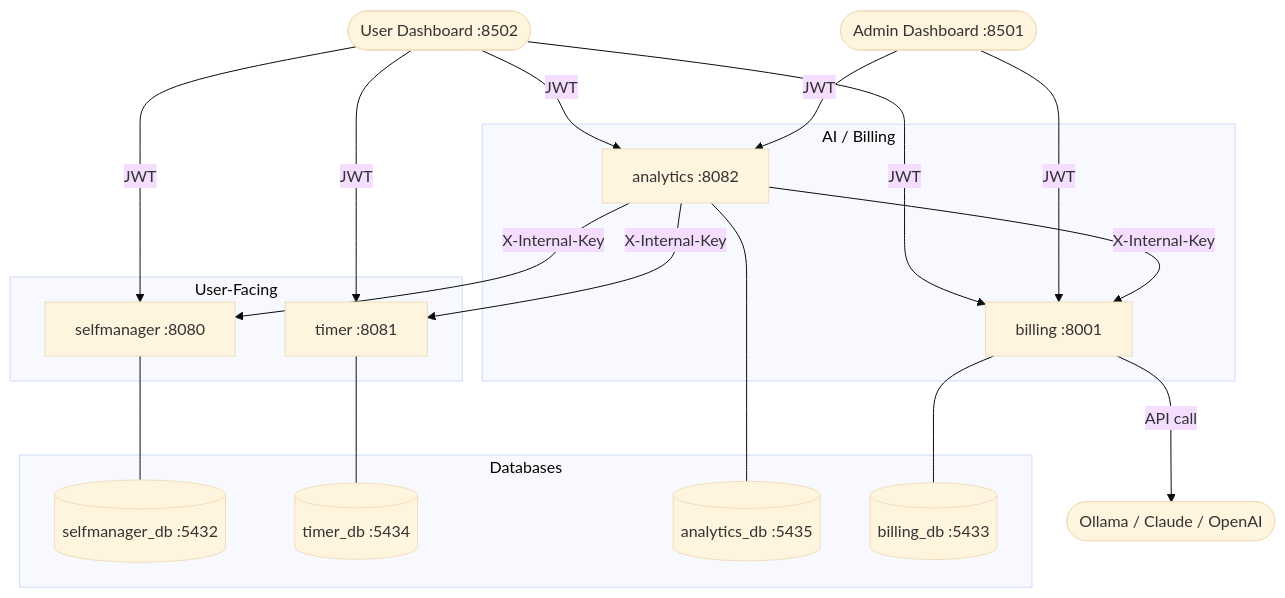
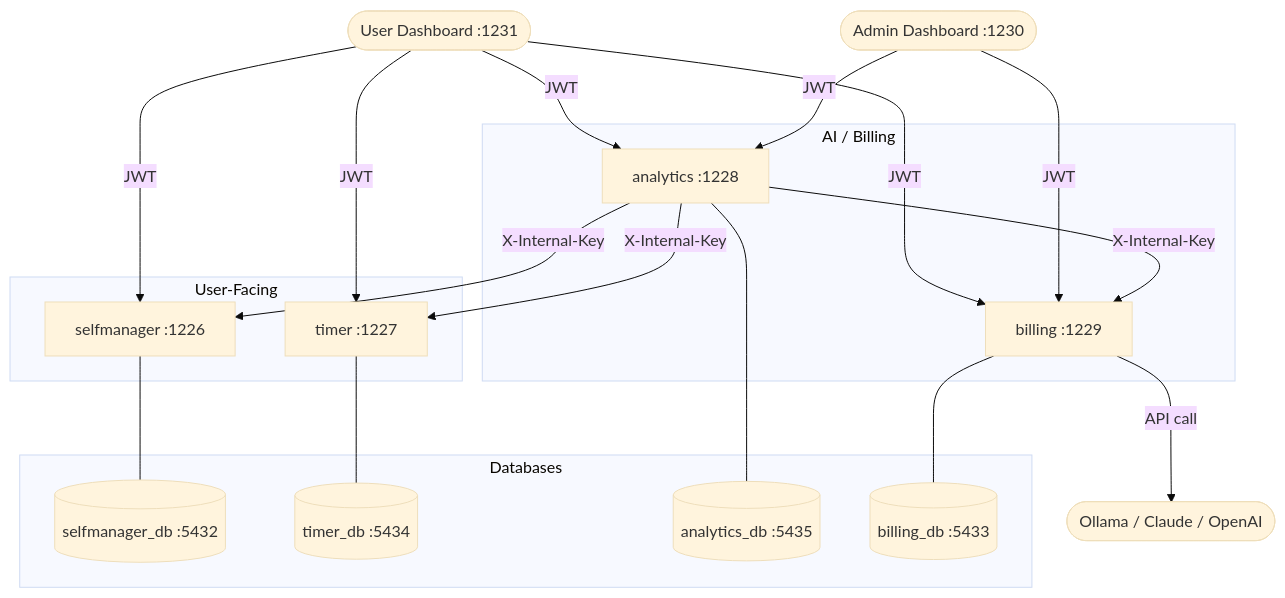
One commit to ProductiveSocial/ProductiveSocial changed the first of 2 diagrams in ARCHITECTURE.md. Above: the diagram before and after it, drawn with Mermaid (base theme). The commit also changed other lines of this file, not shown here.

Commit message:
Update ARCHITECTURE.md with correct ports, service names, and build steps

````diff
--- a/ARCHITECTURE.md
+++ b/ARCHITECTURE.md
@@ -134,41 +177,41 @@
 ```mermaid
 graph TD
-    UserDash([User Dashboard :8502])
-    AdminDash([Admin Dashboard :8501])
+    UserDash([User Dashboard :1231])
+    AdminDash([Admin Dashboard :1230])
 
     subgraph User-Facing
-        SM[selfmanager :8080]
-        TM[timer :8081]
+        SM[selfmanager :1226]
+        TM[timer :1227]
     end
 
     subgraph AI / Billing
-        AN[analytics :8082]
-        BL[billing :8001]
+        AN[analytics :1228]
+        BL[billing :1229]
     end
 
     subgraph Databases
         SM_DB[(selfmanager_db :5432)]
         TM_DB[(timer_db :5434)]
         AN_DB[(analytics_db :5435)]
         BL_DB[(billing_db :5433)]
     end
 
     UserDash -- JWT --> SM
     UserDash -- JWT --> TM
     UserDash -- JWT --> AN
     UserDash -- JWT --> BL
 
     AdminDash -- JWT --> BL
     AdminDash -- JWT --> AN
 
     AN -- X-Internal-Key --> SM
     AN -- X-Internal-Key --> TM
     AN -- X-Internal-Key --> BL
 
     SM --- SM_DB
     TM --- TM_DB
     AN --- AN_DB
     BL --- BL_DB
 
     BL -- API call --> LLM([Ollama / Claude / OpenAI])
 ```
````
